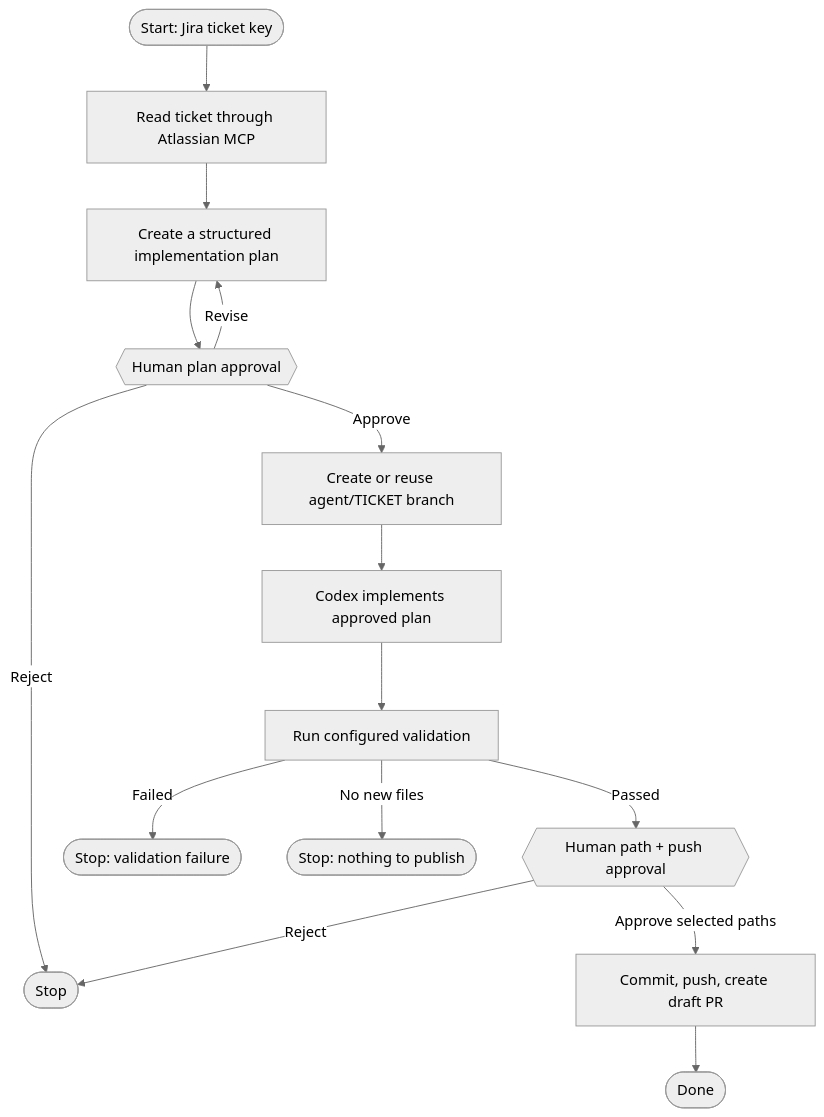
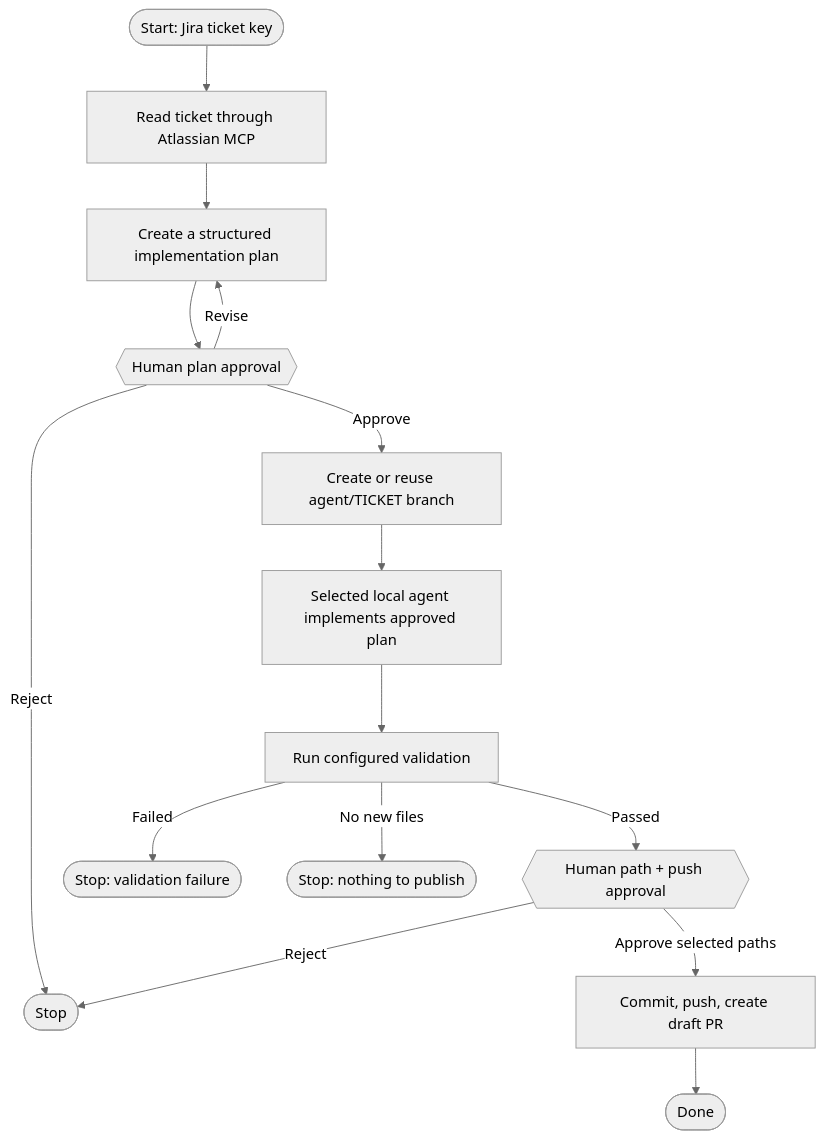
Before and after one commit to sleekapp-solutions/agentic-sdlc-workflows: the diagram in docs/graphs/jira_delivery.mmd, drawn with Mermaid (neutral theme). The commit also changed 9 other files, not shown here.

```diff
--- a/docs/graphs/jira_delivery.mmd
+++ b/docs/graphs/jira_delivery.mmd
@@ -1,15 +1,15 @@
 flowchart TD
     start([Start: Jira ticket key]) --> ticket[Read ticket through Atlassian MCP]
     ticket --> plan[Create a structured implementation plan]
     plan --> planApproval{{Human plan approval}}
     planApproval -->|Revise| plan
     planApproval -->|Reject| stop([Stop])
     planApproval -->|Approve| branch[Create or reuse agent/TICKET branch]
-    branch --> implement[Codex implements approved plan]
+    branch --> implement[Selected local agent implements approved plan]
     implement --> validate[Run configured validation]
     validate -->|Failed| validationFailed([Stop: validation failure])
     validate -->|No new files| noChanges([Stop: nothing to publish])
     validate -->|Passed| publishApproval{{Human path + push approval}}
     publishApproval -->|Reject| stop
     publishApproval -->|Approve selected paths| publish[Commit, push, create draft PR]
     publish --> done([Done])
```
